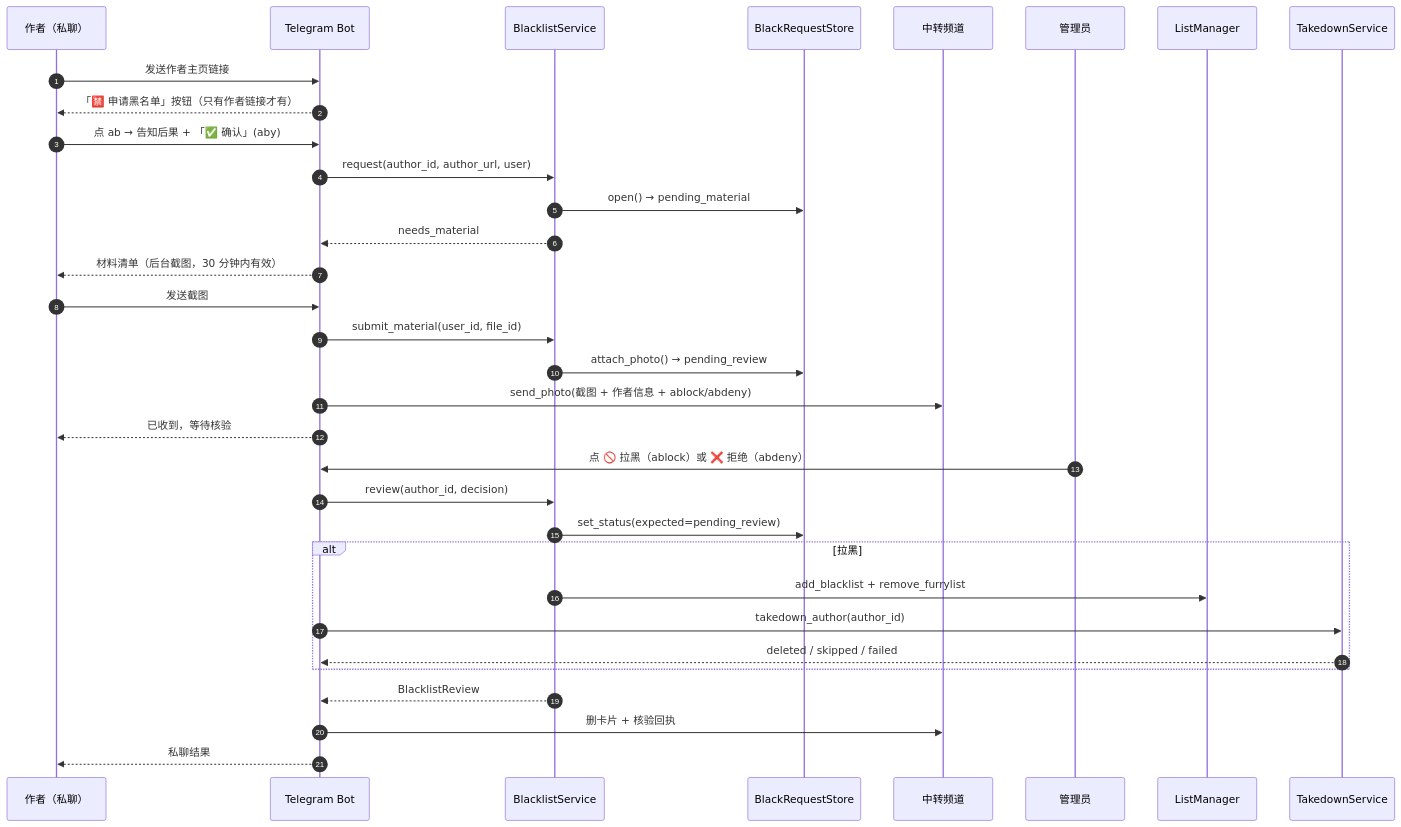
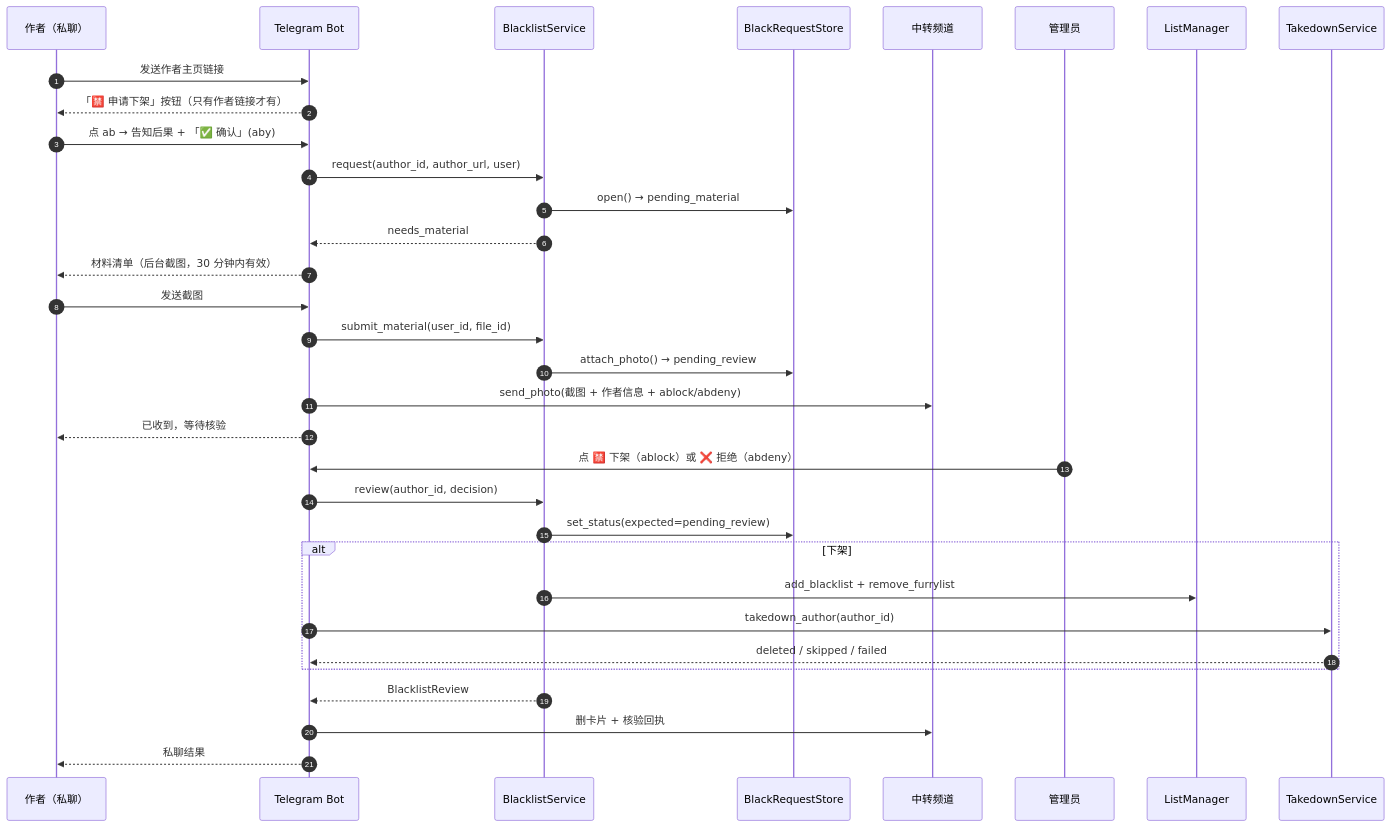
The fourth of 4 diagrams in docs/05-运行时序.md (DowneyRem/FurryReadingBot), drawn with Mermaid before and after one commit. The commit also changed other lines of this file and 6 other files, not shown here.

````diff
--- a/docs/05-运行时序.md
+++ b/docs/05-运行时序.md
@@ -189,38 +189,38 @@
 ```mermaid
 sequenceDiagram
     autonumber
     participant author as 作者（私聊）
     participant telegramBot as Telegram Bot
     participant blacklistService as BlacklistService
     participant blackRequests as BlackRequestStore
     participant transit as 中转频道
     participant admin as 管理员
     participant listManager as ListManager
     participant takedown as TakedownService
 
     author->>telegramBot: 发送作者主页链接
-    telegramBot-->>author: 「🈲 申请黑名单」按钮（只有作者链接才有）
+    telegramBot-->>author: 「🈲 申请下架」按钮（只有作者链接才有）
     author->>telegramBot: 点 ab → 告知后果 + 「✅ 确认」(aby)
     telegramBot->>blacklistService: request(author_id, author_url, user)
     blacklistService->>blackRequests: open() → pending_material
     blacklistService-->>telegramBot: needs_material
     telegramBot-->>author: 材料清单（后台截图，30 分钟内有效）
 
     author->>telegramBot: 发送截图
     telegramBot->>blacklistService: submit_material(user_id, file_id)
     blacklistService->>blackRequests: attach_photo() → pending_review
     telegramBot->>transit: send_photo(截图 + 作者信息 + ablock/abdeny)
     telegramBot-->>author: 已收到，等待核验
 
-    admin->>telegramBot: 点 🚫 拉黑（ablock）或 ❌ 拒绝（abdeny）
+    admin->>telegramBot: 点 🈲 下架（ablock）或 ❌ 拒绝（abdeny）
     telegramBot->>blacklistService: review(author_id, decision)
     blacklistService->>blackRequests: set_status(expected=pending_review)
-    alt 拉黑
+    alt 下架
         blacklistService->>listManager: add_blacklist + remove_furrylist
         telegramBot->>takedown: takedown_author(author_id)
         takedown-->>telegramBot: deleted / skipped / failed
     end
     blacklistService-->>telegramBot: BlacklistReview
     telegramBot->>transit: 删卡片 + 核验回执
     telegramBot-->>author: 私聊结果
 ```
````
